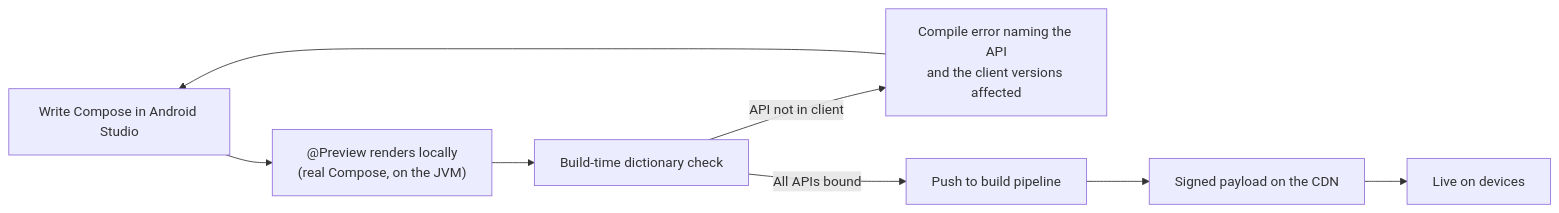
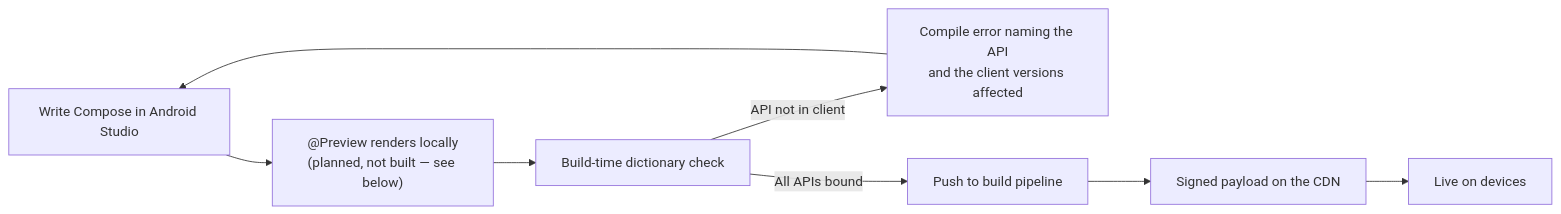
The first of 2 diagrams in developer-experience.md (teegarcs/dogwood), drawn with Mermaid before and after one commit. The commit also changed other lines of this file and 3 other files, not shown here.

````diff
--- a/developer-experience.md
+++ b/developer-experience.md
@@ -105,10 +105,10 @@
 ```mermaid
 flowchart LR
-    Write["Write Compose in Android Studio"] --> Preview["@Preview renders locally\n(real Compose, on the JVM)"]
+    Write["Write Compose in Android Studio"] --> Preview["@Preview renders locally\n(planned, not built — see below)"]
     Preview --> Check["Build-time dictionary check"]
     Check -->|"API not in client"| Fix["Compile error naming the API\nand the client versions affected"]
     Fix --> Write
     Check -->|"All APIs bound"| Push["Push to build pipeline"]
     Push --> Deploy["Signed payload on the CDN"]
     Deploy --> Device["Live on devices"]
 ```
````
